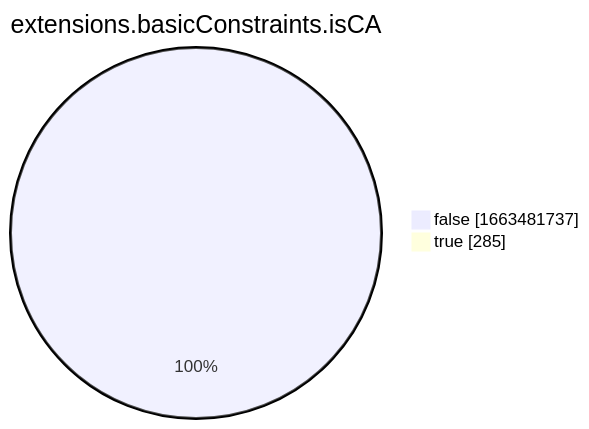
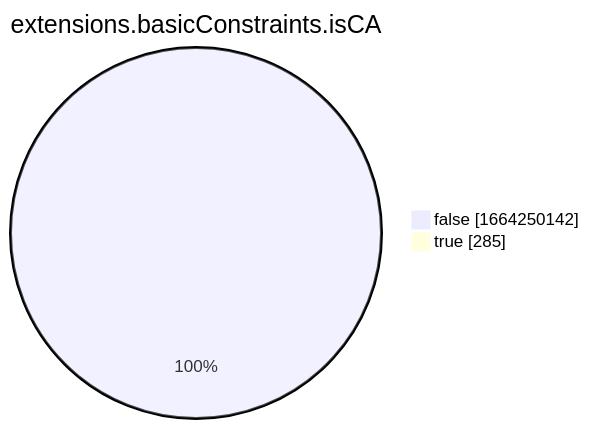
The eighth of 15 diagrams in xenon2022/README.md (christiankrug/ctmonitor_visualization), drawn with Mermaid before and after one commit. The commit also changed other lines of this file, not shown here.

````diff
--- a/xenon2022/README.md
+++ b/xenon2022/README.md
@@ -2865,6 +2865,6 @@
 ```mermaid
 pie showData
 title extensions.basicConstraints.isCA
-"false" :1663481737
+"false" :1664250142
 "true" :285
 ```
````
